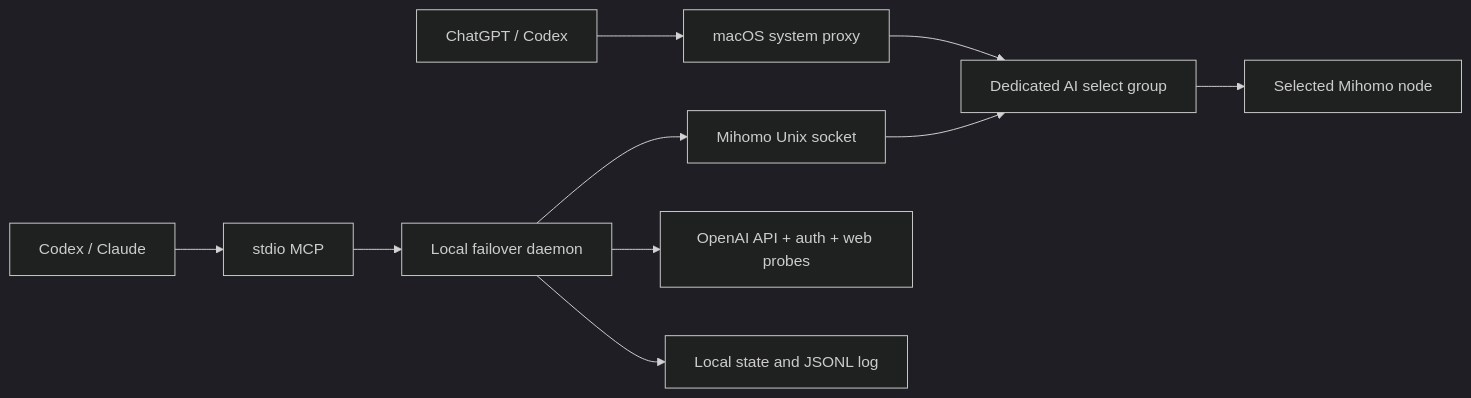
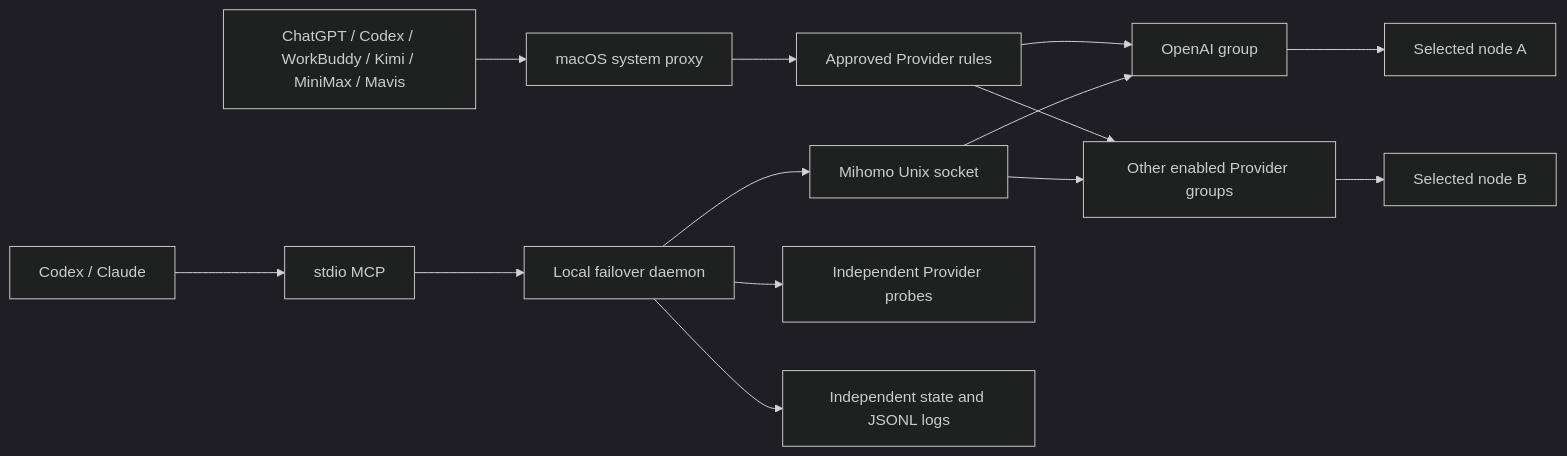
The diagram in docs/architecture.md (doublebearoliver-cyber/mihomo-ai-failover), drawn with Mermaid (dark theme) before and after one commit. The commit also changed other lines of this file and 38 other files, not shown here.

````diff
--- a/docs/architecture.md
+++ b/docs/architecture.md
@@ -13,12 +13,16 @@
 ```mermaid
 flowchart LR
-    UI["ChatGPT / Codex"] --> SP["macOS system proxy"]
-    SP --> AI["Dedicated AI select group"]
-    AI --> Node["Selected Mihomo node"]
+    Apps["ChatGPT / Codex / WorkBuddy / Kimi / MiniMax / Mavis"] --> SP["macOS system proxy"]
+    SP --> Rules["Approved Provider rules"]
+    Rules --> OA["OpenAI group"]
+    Rules --> KP["Other enabled Provider groups"]
+    OA --> NodeA["Selected node A"]
+    KP --> NodeB["Selected node B"]
     Watch["Local failover daemon"] --> Socket["Mihomo Unix socket"]
-    Socket --> AI
-    Watch --> Probe["OpenAI API + auth + web probes"]
-    Watch --> State["Local state and JSONL log"]
+    Socket --> OA
+    Socket --> KP
+    Watch --> Probe["Independent Provider probes"]
+    Watch --> State["Independent state and JSONL logs"]
     Agent["Codex / Claude"] --> MCP["stdio MCP"]
     MCP --> Watch
 ```
````
